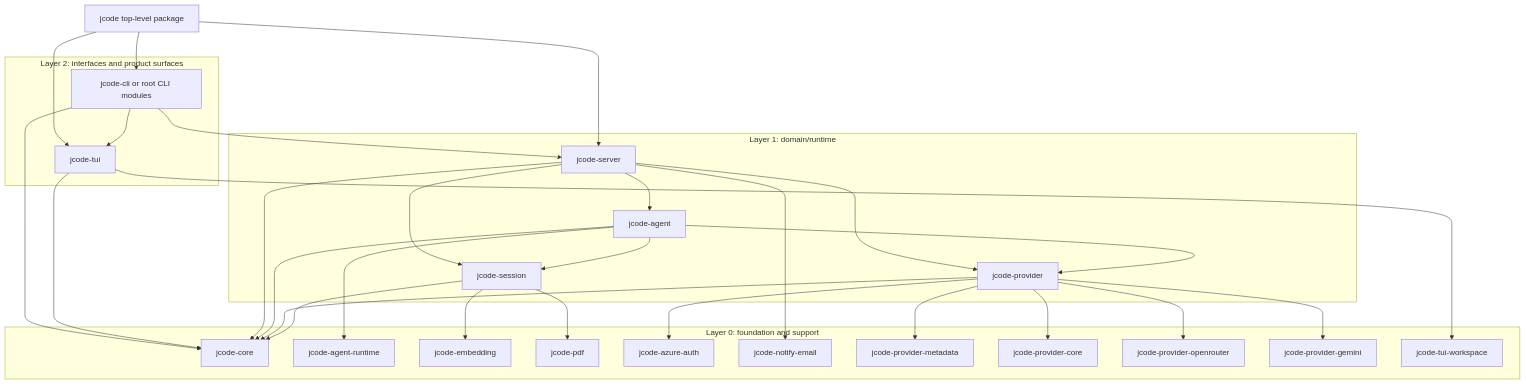
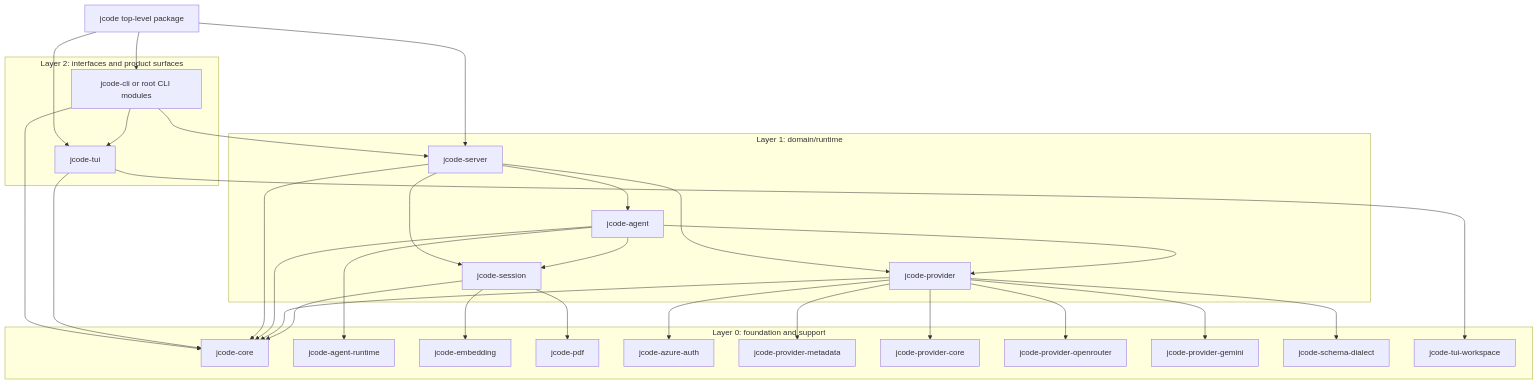
Before and after one commit to indrajeetadityaroy9/jcode: the second of 2 diagrams in docs/MODULAR_ARCHITECTURE_RFC.md, drawn with Mermaid. The commit also changed other lines of this file and 167 other files, not shown here.

````diff
--- a/docs/MODULAR_ARCHITECTURE_RFC.md
+++ b/docs/MODULAR_ARCHITECTURE_RFC.md
@@ -223,63 +411,63 @@
 ```mermaid
 flowchart TD
   App[jcode top-level package]
 
   subgraph L2[Layer 2: interfaces and product surfaces]
     TUI[jcode-tui]
     CLI[jcode-cli or root CLI modules]
   end
 
   subgraph L1[Layer 1: domain/runtime]
     Server[jcode-server]
     Agent[jcode-agent]
     Provider[jcode-provider]
     Session[jcode-session]
   end
 
   subgraph L0[Layer 0: foundation and support]
     Core[jcode-core]
     AR[jcode-agent-runtime]
     Emb[jcode-embedding]
     PDF[jcode-pdf]
     Azure[jcode-azure-auth]
-    Mail[jcode-notify-email]
     PMeta[jcode-provider-metadata]
     PCore[jcode-provider-core]
     POR[jcode-provider-openrouter]
     PGem[jcode-provider-gemini]
+    Schema[jcode-schema-dialect]
     TW[jcode-tui-workspace]
   end
 
   App --> Server
   App --> TUI
   App --> CLI
 
   CLI --> Server
   CLI --> TUI
   CLI --> Core
 
   TUI --> Core
   TUI --> TW
 
   Server --> Agent
   Server --> Provider
   Server --> Session
   Server --> Core
-  Server --> Mail
 
   Agent --> Provider
   Agent --> Session
   Agent --> Core
   Agent --> AR
 
   Provider --> Core
   Provider --> PCore
   Provider --> PMeta
   Provider --> POR
   Provider --> PGem
+  Provider --> Schema
   Provider --> Azure
 
   Session --> Core
   Session --> Emb
   Session --> PDF
 ```
````
